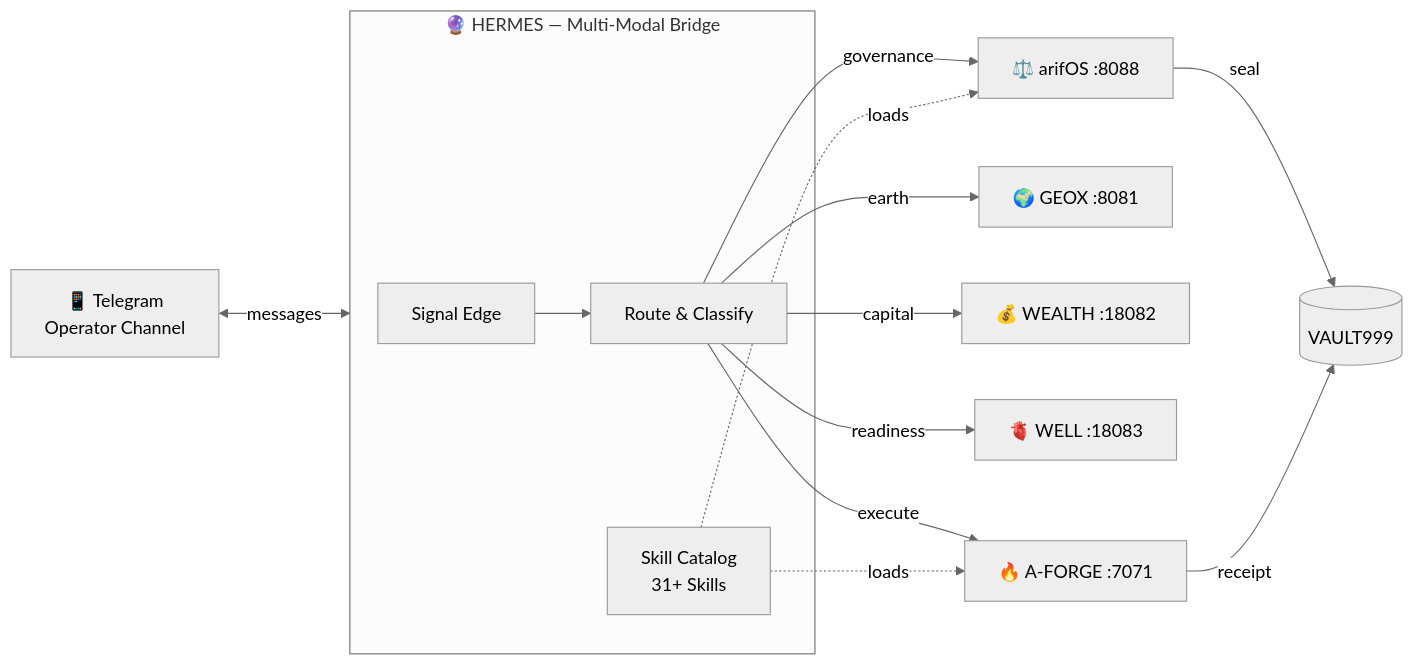
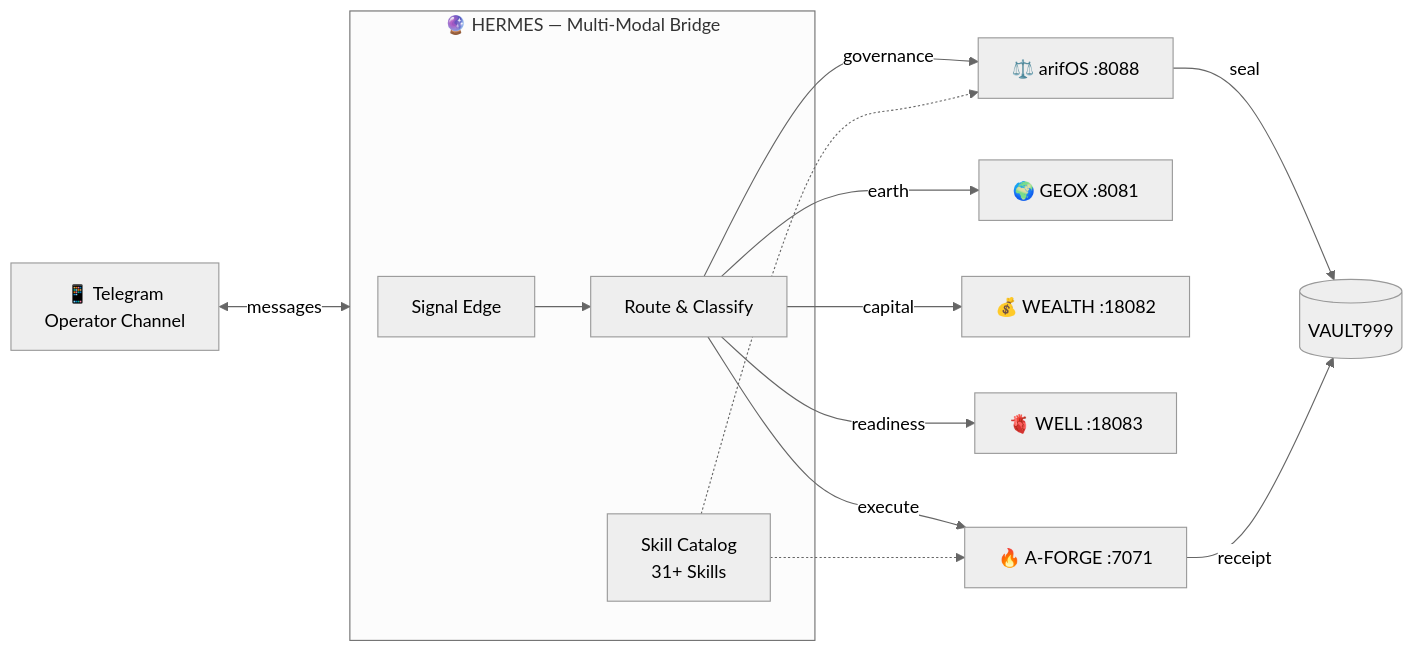
The diagram in README.md (ariffazil/HERMES), drawn with Mermaid (neutral theme) before and after one commit. The commit also changed other lines of this file, not shown here.

````diff
--- a/README.md
+++ b/README.md
@@ -59,17 +38,17 @@
 ```mermaid
 graph LR
     TG[📱 Telegram<br/>Operator Channel] <-->|messages| HERMES
     subgraph HERMES [🔮 HERMES — Multi-Modal Bridge]
         EDGE[Signal Edge] --> ROUTE[Route & Classify]
         SKILL[Skill Catalog<br/>31+ Skills]
     end
     ROUTE -->|governance| ARIFOS[⚖️ arifOS :8088]
     ROUTE -->|earth| GEOX[🌍 GEOX :8081]
     ROUTE -->|capital| WEALTH[💰 WEALTH :18082]
     ROUTE -->|readiness| WELL[🫀 WELL :18083]
     ROUTE -->|execute| AFORGE[🔥 A-FORGE :7071]
     ARIFOS -->|seal| VAULT[(VAULT999)]
     AFORGE -->|receipt| VAULT
-    SKILL -.->|loads| ARIFOS
-    SKILL -.->|loads| AFORGE
+    SKILL -.-> ARIFOS
+    SKILL -.-> AFORGE
 ```
````
